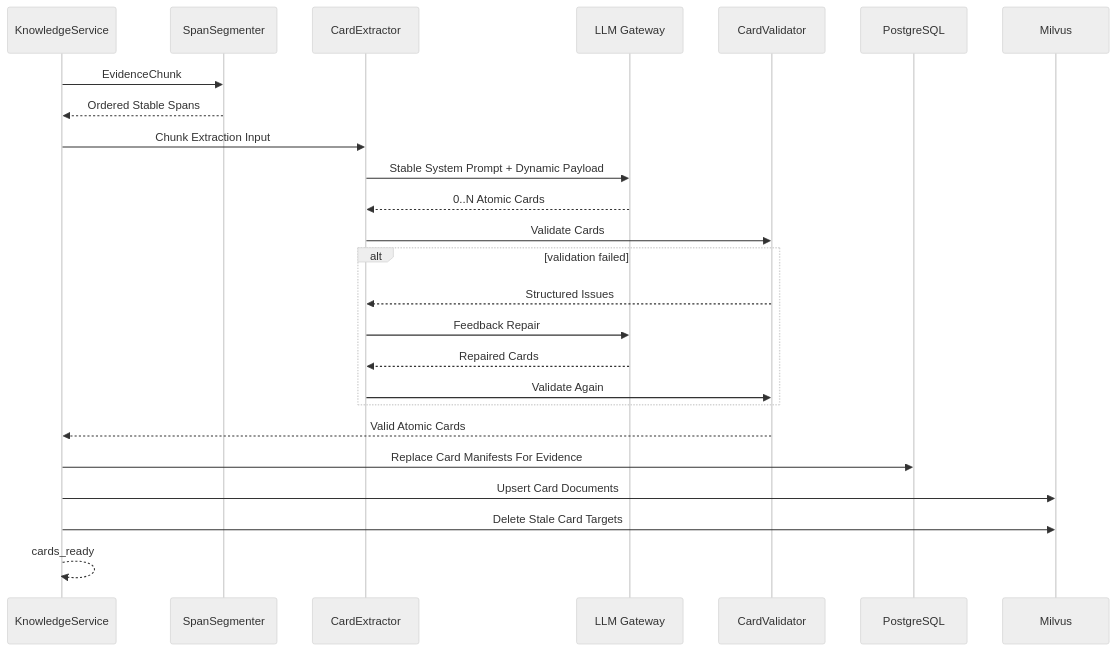
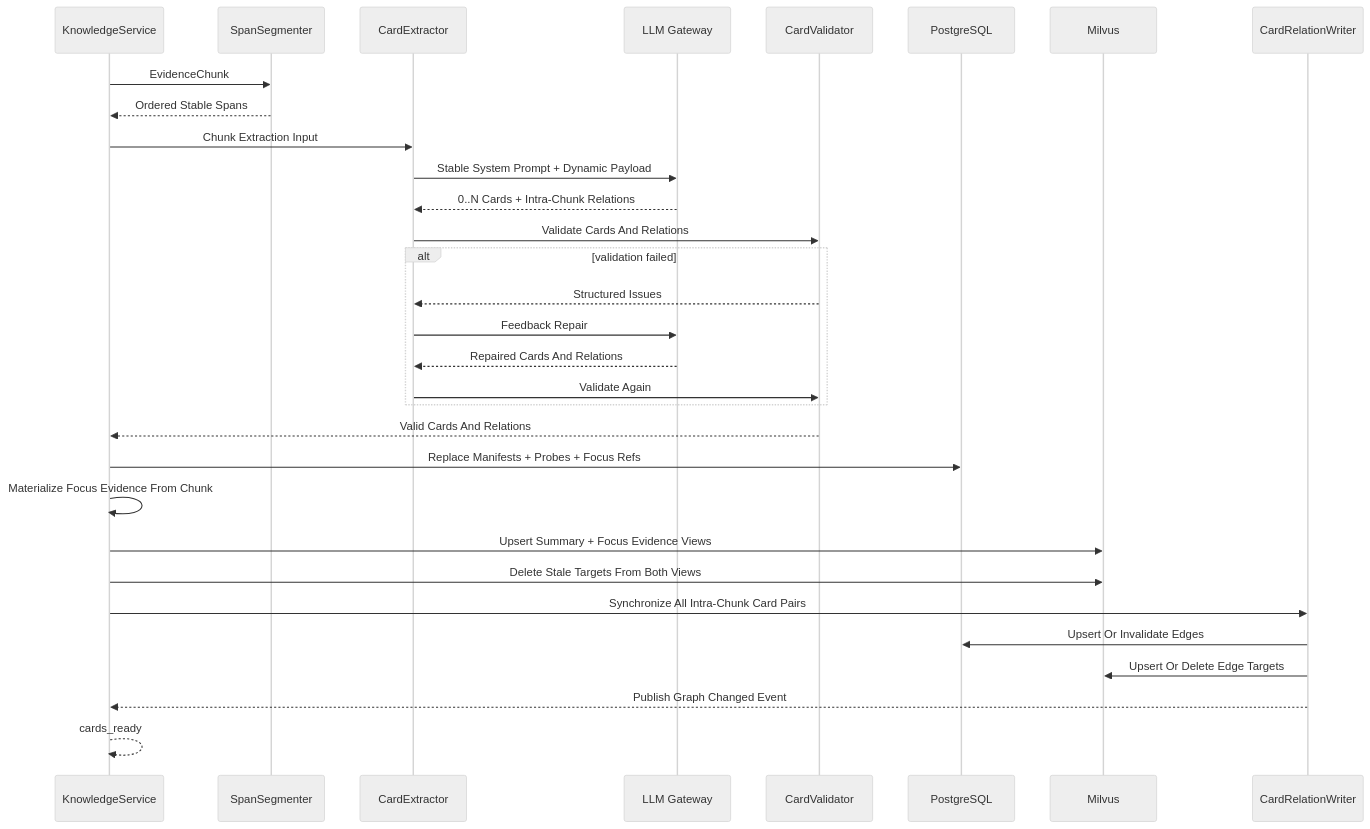
One commit to qiyuebuku/frida-test changed the second of 2 diagrams in .claude/skills/smart-fund-server/docs/3. 实施方案/4. 知识图谱/21. 原子Cognitive Card与Relation Probe提取实施方案.md. Above: the diagram before and after it, drawn with Mermaid (neutral theme). The commit also changed other lines of this file and 61 other files, not shown here.

Commit message:
feat(kg): implement relation-first card graph workflow

````diff
--- a/.claude/skills/smart-fund-server/docs/3. 实施方案/4. 知识图谱/21. 原子Cognitive Card与Relation Probe提取实施方案.md
+++ b/.claude/skills/smart-fund-server/docs/3. 实施方案/4. 知识图谱/21. 原子Cognitive Card与Relation Probe提取实施方案.md
@@ -474,28 +491,34 @@
 ```mermaid
 sequenceDiagram
     participant KS as KnowledgeService
     participant SS as SpanSegmenter
     participant CE as CardExtractor
     participant LLM as LLM Gateway
     participant CV as CardValidator
     participant PG as PostgreSQL
     participant MV as Milvus
+    participant EW as CardRelationWriter
 
     KS->>SS: EvidenceChunk
     SS-->>KS: Ordered Stable Spans
     KS->>CE: Chunk Extraction Input
     CE->>LLM: Stable System Prompt + Dynamic Payload
-    LLM-->>CE: 0..N Atomic Cards
-    CE->>CV: Validate Cards
+    LLM-->>CE: 0..N Cards + Intra-Chunk Relations
+    CE->>CV: Validate Cards And Relations
     alt validation failed
         CV-->>CE: Structured Issues
         CE->>LLM: Feedback Repair
-        LLM-->>CE: Repaired Cards
+        LLM-->>CE: Repaired Cards And Relations
         CE->>CV: Validate Again
     end
-    CV-->>KS: Valid Atomic Cards
-    KS->>PG: Replace Card Manifests For Evidence
-    KS->>MV: Upsert Card Documents
-    KS->>MV: Delete Stale Card Targets
+    CV-->>KS: Valid Cards And Relations
+    KS->>PG: Replace Manifests + Probes + Focus Refs
+    KS->>KS: Materialize Focus Evidence From Chunk
+    KS->>MV: Upsert Summary + Focus Evidence Views
+    KS->>MV: Delete Stale Targets From Both Views
+    KS->>EW: Synchronize All Intra-Chunk Card Pairs
+    EW->>PG: Upsert Or Invalidate Edges
+    EW->>MV: Upsert Or Delete Edge Targets
+    EW-->>KS: Publish Graph Changed Event
     KS-->>KS: cards_ready
 ```
````
